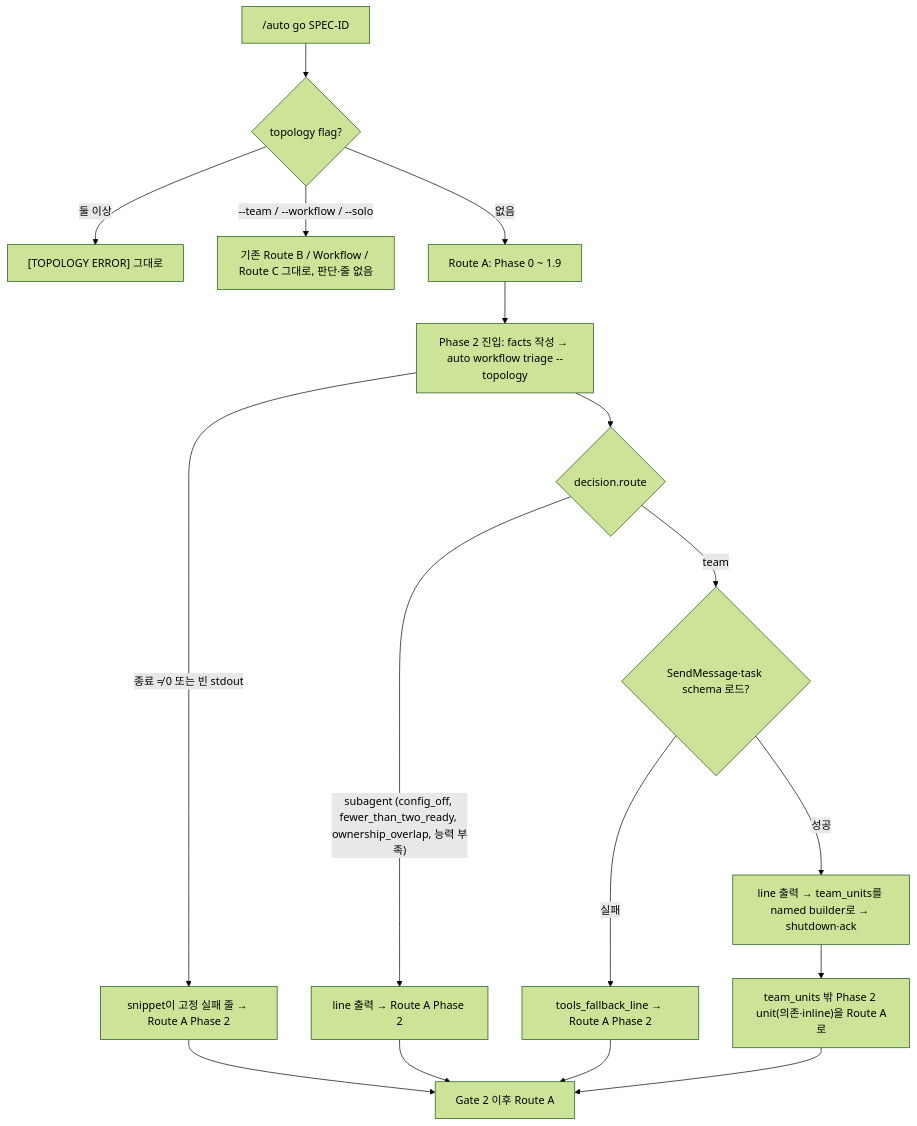
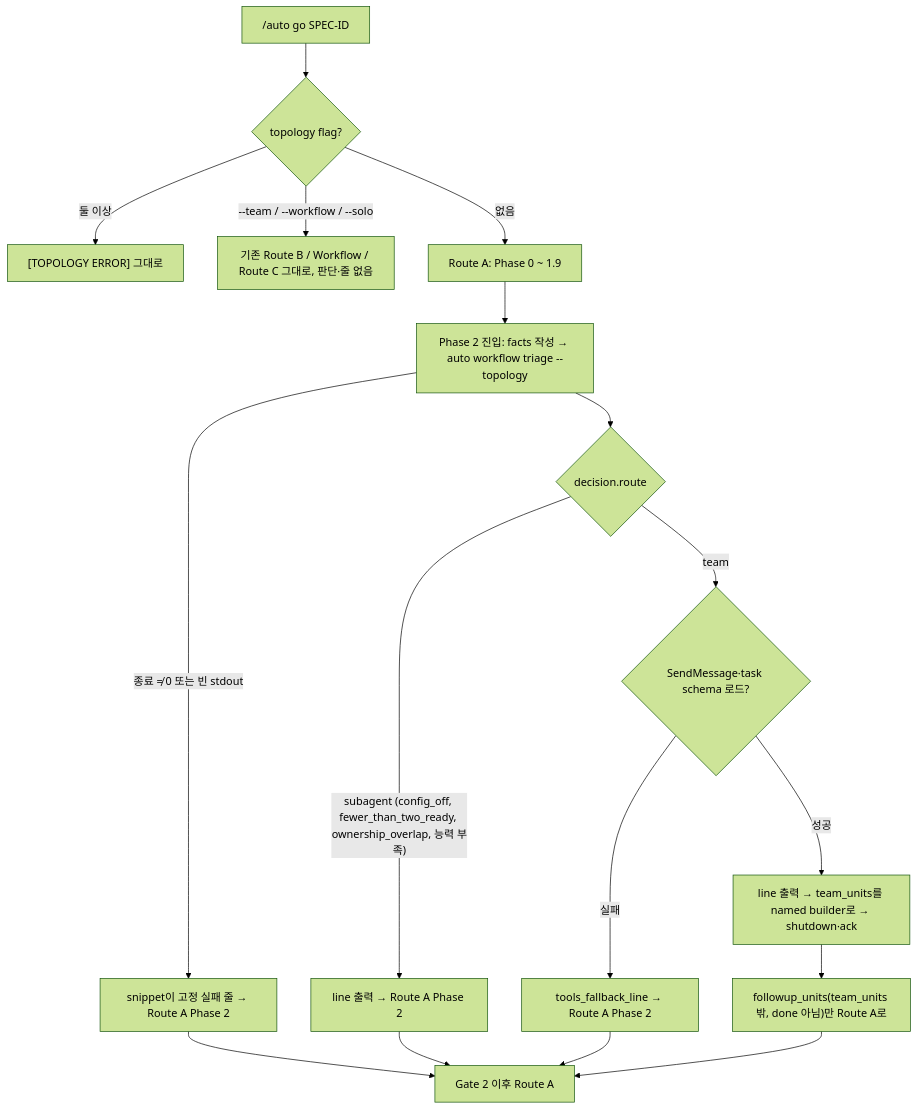
One commit to Oscar-Williams/autopus-adk changed the diagram in .autopus/specs/SPEC-TEAMAUTO-001/spec.md. Above: the diagram before and after it, drawn with Mermaid (forest theme). The commit also changed other lines of this file and 4 other files, not shown here.

````diff
--- a/.autopus/specs/SPEC-TEAMAUTO-001/spec.md
+++ b/.autopus/specs/SPEC-TEAMAUTO-001/spec.md
@@ -309,19 +310,19 @@
 ```mermaid
 flowchart TD
   A["/auto go SPEC-ID"] --> B{"topology flag?"}
   B -- "둘 이상" --> X["[TOPOLOGY ERROR] 그대로"]
   B -- "--team / --workflow / --solo" --> E["기존 Route B / Workflow / Route C 그대로, 판단·줄 없음"]
   B -- "없음" --> P["Route A: Phase 0 ~ 1.9"]
   P --> F["Phase 2 진입: facts 작성 → auto workflow triage --topology"]
   F -- "종료 ≠ 0 또는 빈 stdout" --> Z["snippet이 고정 실패 줄 → Route A Phase 2"]
   F --> R{"decision.route"}
   R -- "subagent (config_off, fewer_than_two_ready, ownership_overlap, 능력 부족)" --> S["line 출력 → Route A Phase 2"]
   R -- "team" --> T{"SendMessage·task schema 로드?"}
   T -- "실패" --> U["tools_fallback_line → Route A Phase 2"]
   T -- "성공" --> V["line 출력 → team_units를 named builder로 → shutdown·ack"]
-  V --> W["team_units 밖 Phase 2 unit(의존·inline)을 Route A로"]
+  V --> W["followup_units(team_units 밖, done 아님)만 Route A로"]
   W --> G["Gate 2 이후 Route A"]
   S --> G
   U --> G
   Z --> G
 ```
````
